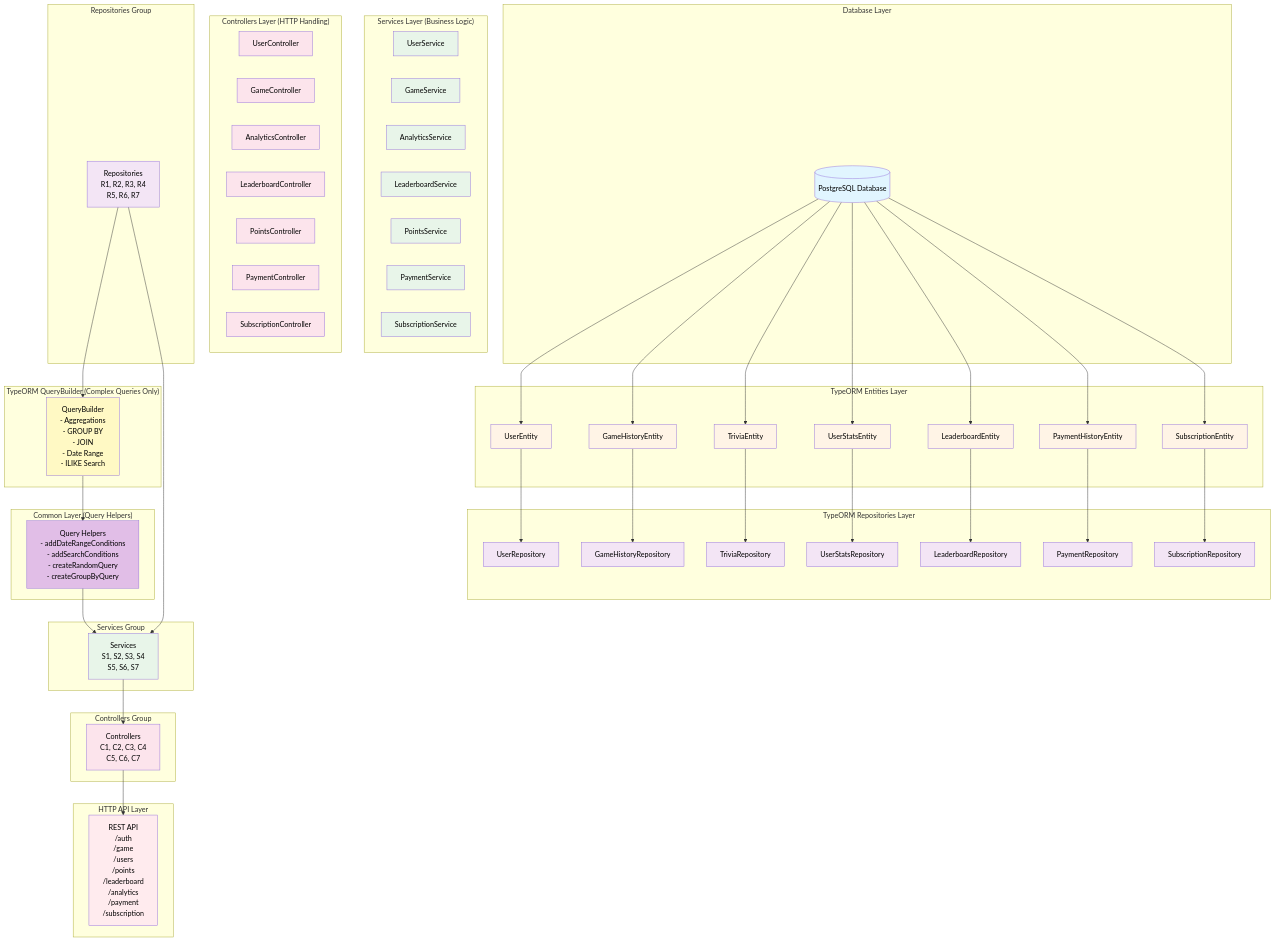
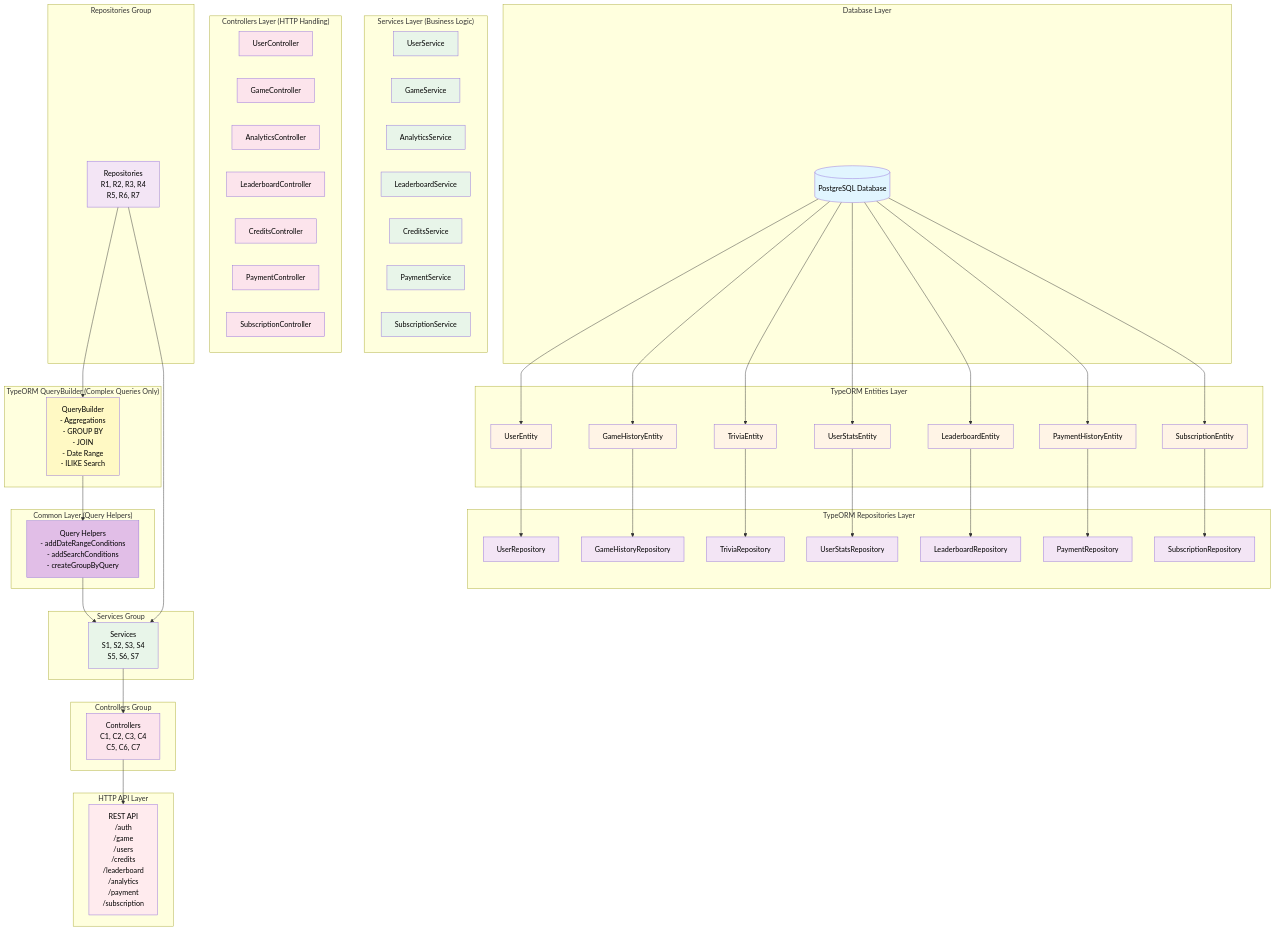
Before and after one commit to IsraelRub/EveryTriv: diagram 25 of 28 in docs/DIAGRAMS.md, drawn with Mermaid. The commit also changed other lines of this file and 600 other files, not shown here.

Commit message:
feat: add multiplayer game mode, migrate from points to credits system, reorganize components, and rename AI providers

```diff
--- a/docs/DIAGRAMS.md
+++ b/docs/DIAGRAMS.md
@@ -1594,7 +1628,7 @@
     end
 
     subgraph "Common Layer (Query Helpers)"
-        QH[Query Helpers<br/>- addDateRangeConditions<br/>- addSearchConditions<br/>- createRandomQuery<br/>- createGroupByQuery]
+        QH[Query Helpers<br/>- addDateRangeConditions<br/>- addSearchConditions<br/>- createGroupByQuery]
     end
 
     subgraph "Services Layer (Business Logic)"
@@ -1602,7 +1636,7 @@
         S2[GameService]
         S3[AnalyticsService]
         S4[LeaderboardService]
-        S5[PointsService]
+        S5[CreditsService]
         S6[PaymentService]
         S7[SubscriptionService]
     end
@@ -1612,13 +1646,13 @@
         C2[GameController]
         C3[AnalyticsController]
         C4[LeaderboardController]
-        C5[PointsController]
+        C5[CreditsController]
         C6[PaymentController]
         C7[SubscriptionController]
     end
 
     subgraph "HTTP API Layer"
-        API[REST API<br/>/auth<br/>/game<br/>/users<br/>/points<br/>/leaderboard<br/>/analytics<br/>/payment<br/>/subscription]
+        API[REST API<br/>/auth<br/>/game<br/>/users<br/>/credits<br/>/leaderboard<br/>/analytics<br/>/payment<br/>/subscription]
     end
 
     DB --> E1
```
